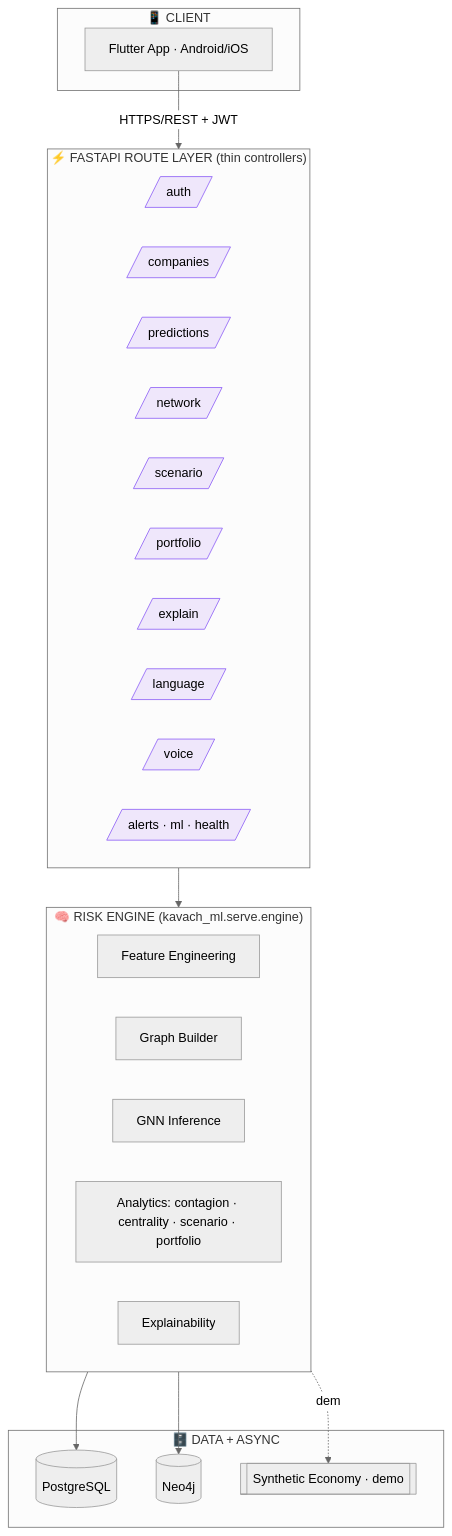
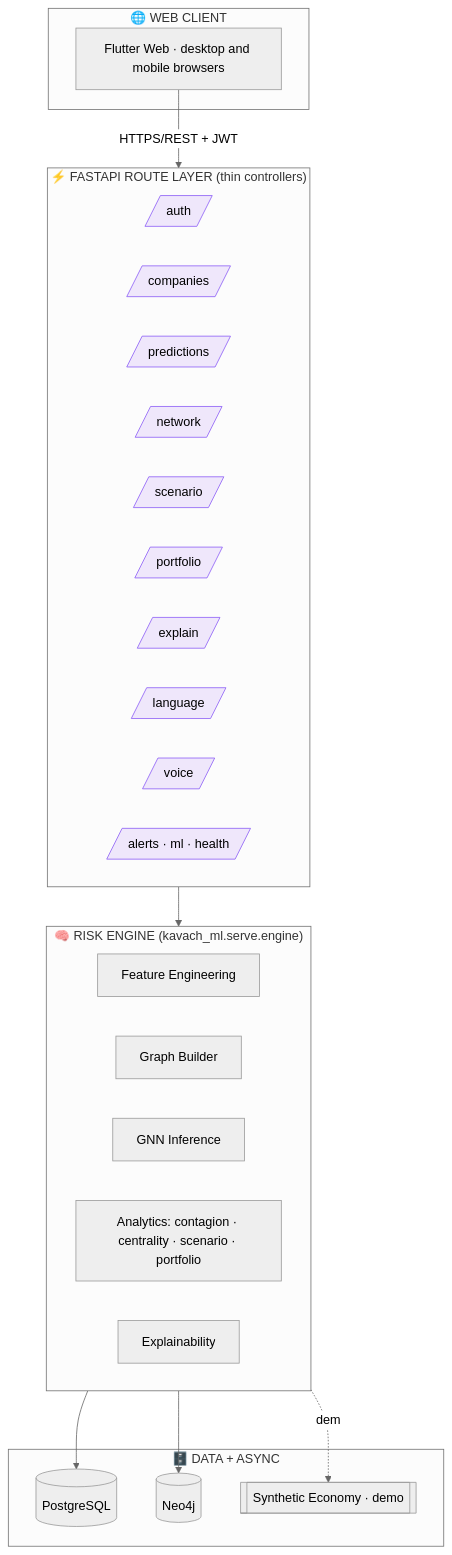
The first of 13 diagrams in docs/ARCHITECTURE.md (VardaM0512/Kavach-Graph-Neural-Network-Risk-Intelligence), drawn with Mermaid (neutral theme) before and after one commit. The commit also changed other lines of this file and 13 other files, not shown here.

Commit message:
Make Kavach a web-first app

````diff
--- a/docs/ARCHITECTURE.md
+++ b/docs/ARCHITECTURE.md
@@ -77,36 +77,36 @@
 ```mermaid
 flowchart TB
-    subgraph CLIENT["📱 CLIENT"]
-        FL[Flutter App · Android/iOS]
+    subgraph CLIENT["🌐 WEB CLIENT"]
+        FL[Flutter Web · desktop and mobile browsers]
     end
     subgraph APIL["⚡ FASTAPI ROUTE LAYER (thin controllers)"]
         R1[/auth/]:::r
         R2[/companies/]:::r
         R3[/predictions/]:::r
         R4[/network/]:::r
         R5[/scenario/]:::r
         R6[/portfolio/]:::r
         R7[/explain/]:::r
         R8[/language/]:::r
         R9[/voice/]:::r
         R10[/alerts · ml · health/]:::r
     end
     subgraph ENGINE["🧠 RISK ENGINE (kavach_ml.serve.engine)"]
         E1[Feature Engineering]
         E2[Graph Builder]
         E3[GNN Inference]
         E4[Analytics: contagion · centrality · scenario · portfolio]
         E5[Explainability]
     end
     subgraph DATA["🗄️ DATA + ASYNC"]
         PG[(PostgreSQL)]
         NEO[(Neo4j)]
         SYN[[Synthetic Economy · demo]]
     end
     FL -->|HTTPS/REST + JWT| APIL
     APIL --> ENGINE
     ENGINE --> PG
     ENGINE --> NEO
     ENGINE -.demo.-> SYN
     classDef r fill:#efe7fb,stroke:#8b5cf6;
 ```
````
